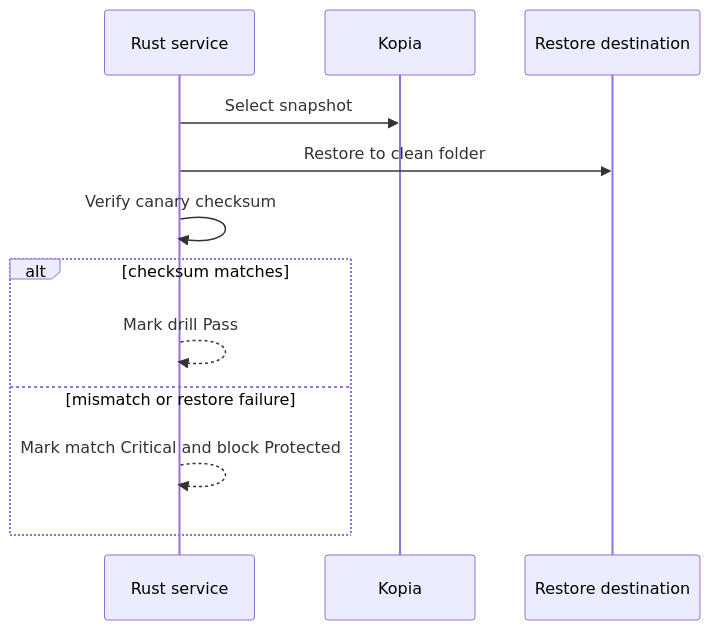
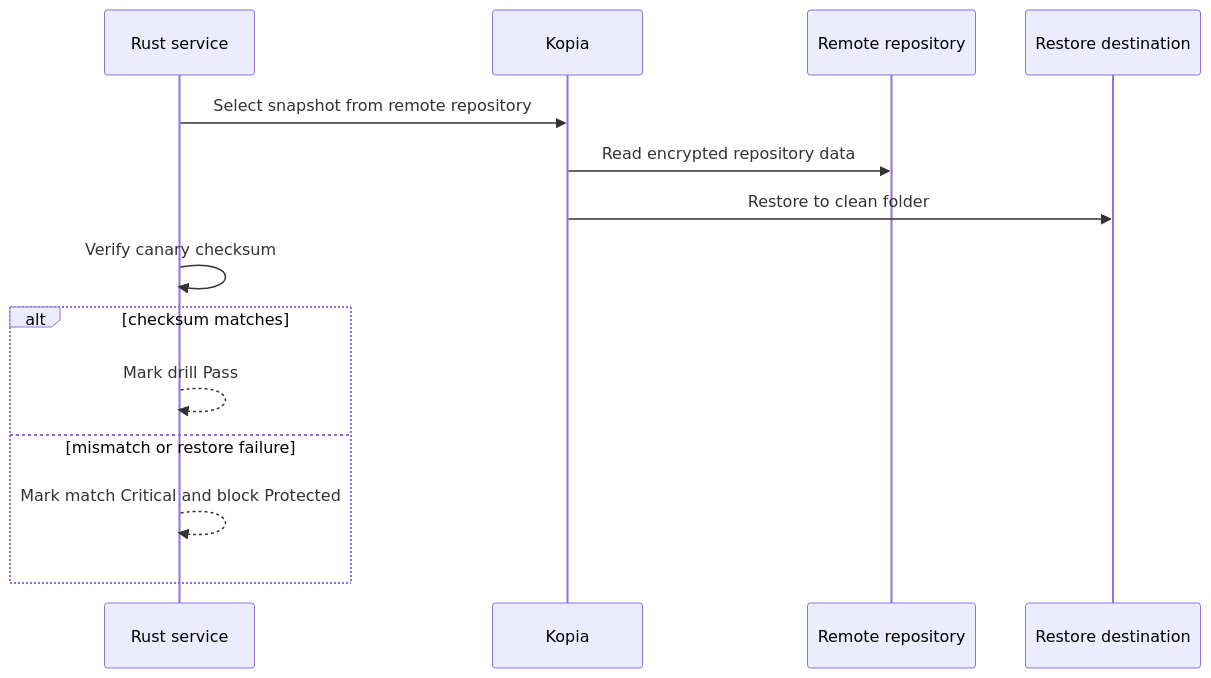
Before and after one commit to ayaghini/Nas-backup-buddy: the fifth of 6 diagrams in docs/client-app/architecture.md, drawn with Mermaid. The commit also changed other lines of this file and 50 other files, not shown here.

````diff
--- a/docs/client-app/architecture.md
+++ b/docs/client-app/architecture.md
@@ -141,15 +174,17 @@
 ```mermaid
 sequenceDiagram
   participant S as Rust service
   participant K as Kopia
+  participant R as Remote repository
   participant D as Restore destination
 
-  S->>K: Select snapshot
-  S->>D: Restore to clean folder
+  S->>K: Select snapshot from remote repository
+  K->>R: Read encrypted repository data
+  K->>D: Restore to clean folder
   S->>S: Verify canary checksum
   alt checksum matches
     S-->>S: Mark drill Pass
   else mismatch or restore failure
     S-->>S: Mark match Critical and block Protected
   end
 ```
````
